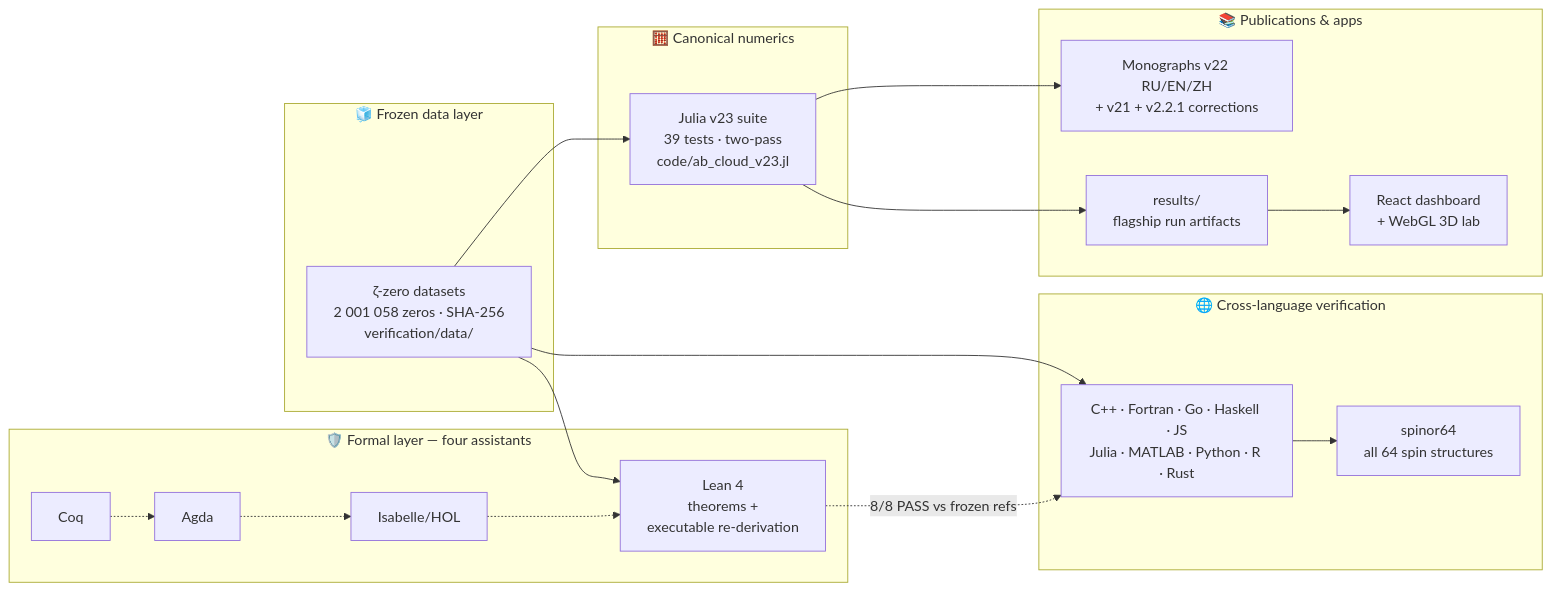
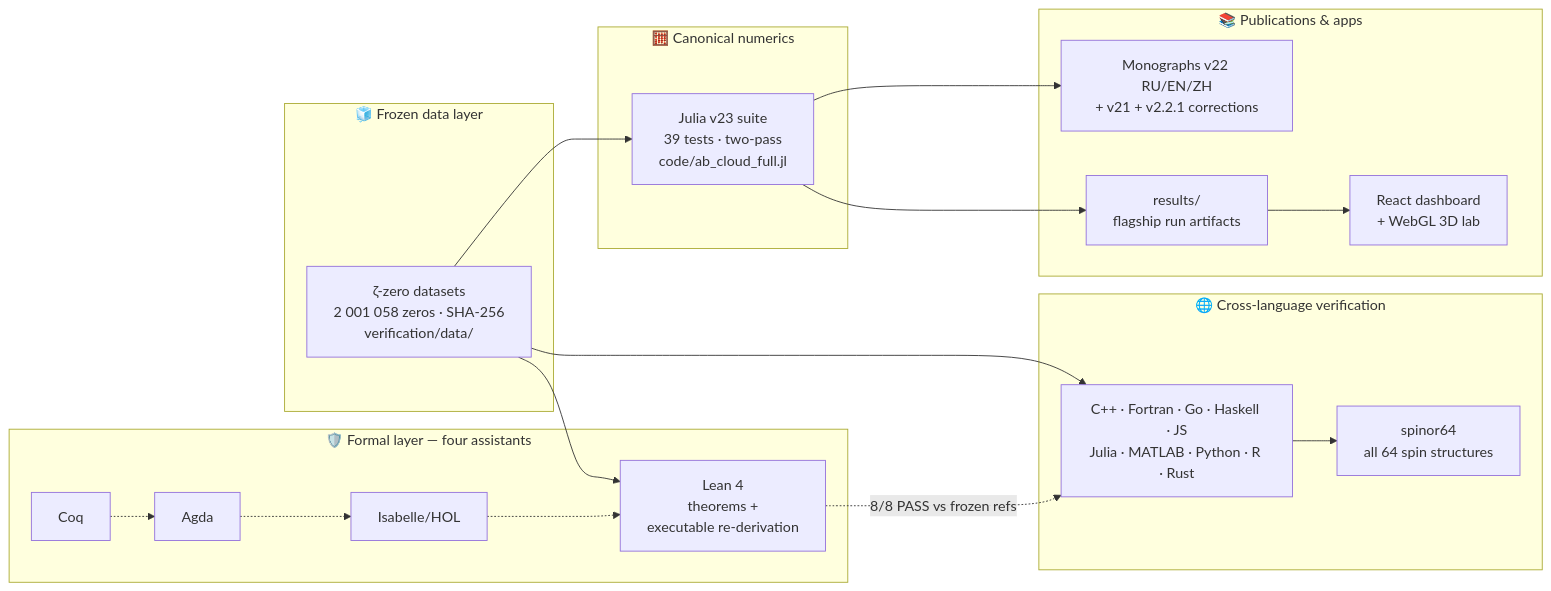
Before and after one commit to wild8highlander/ab-cloud-research: the first of 2 diagrams in README.md, drawn with Mermaid. The commit also changed other lines of this file and 36 other files, not shown here.

````diff
--- a/README.md
+++ b/README.md
@@ -296,38 +296,38 @@
 ```mermaid
 flowchart LR
     subgraph DATA["🧊 Frozen data layer"]
         Z["ζ-zero datasets<br/>2 001 058 zeros · SHA-256<br/>verification/data/"]
     end
 
     subgraph CORE["🧮 Canonical numerics"]
-        J["Julia v23 suite<br/>39 tests · two-pass<br/>code/ab_cloud_v23.jl"]
+        J["Julia v23 suite<br/>39 tests · two-pass<br/>code/ab_cloud_full.jl"]
     end
 
     subgraph CROSS["🌐 Cross-language verification"]
         V["C++ · Fortran · Go · Haskell · JS<br/>Julia · MATLAB · Python · R · Rust"]
         S64["spinor64<br/>all 64 spin structures"]
     end
 
     subgraph FORMAL["🛡️ Formal layer — four assistants"]
         L["Lean 4<br/>theorems +<br/>executable re-derivation"]
         C["Coq"]
         A["Agda"]
         I["Isabelle/HOL"]
     end
 
     subgraph OUT["📚 Publications & apps"]
         M["Monographs v22 RU/EN/ZH<br/>+ v21 + v2.2.1 corrections"]
         R["results/<br/>flagship run artifacts"]
         APP["React dashboard<br/>+ WebGL 3D lab"]
     end
 
     Z --> J
     Z --> V
     Z --> L
     J --> R
     V --> S64
     J --> M
     L -.->|"8/8 PASS vs frozen refs"| V
     C -.-> A -.-> I -.-> L
     R --> APP
 ```
````
